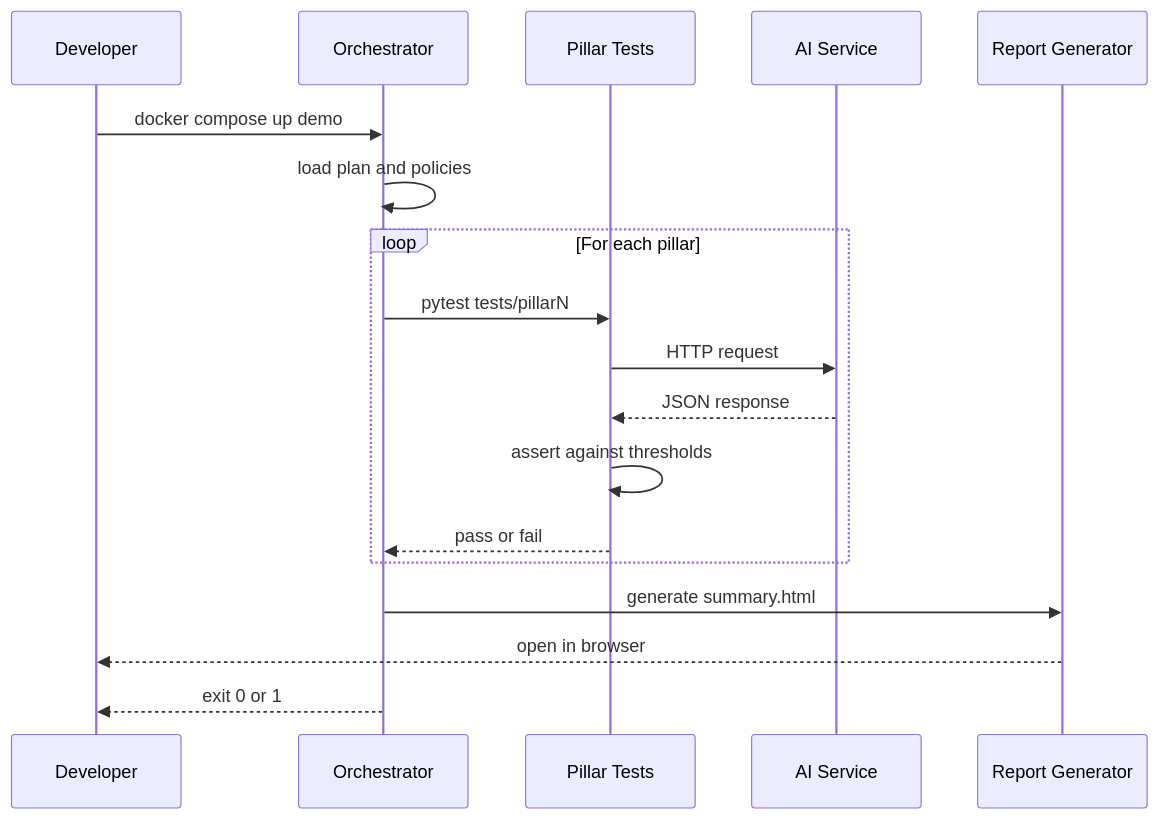
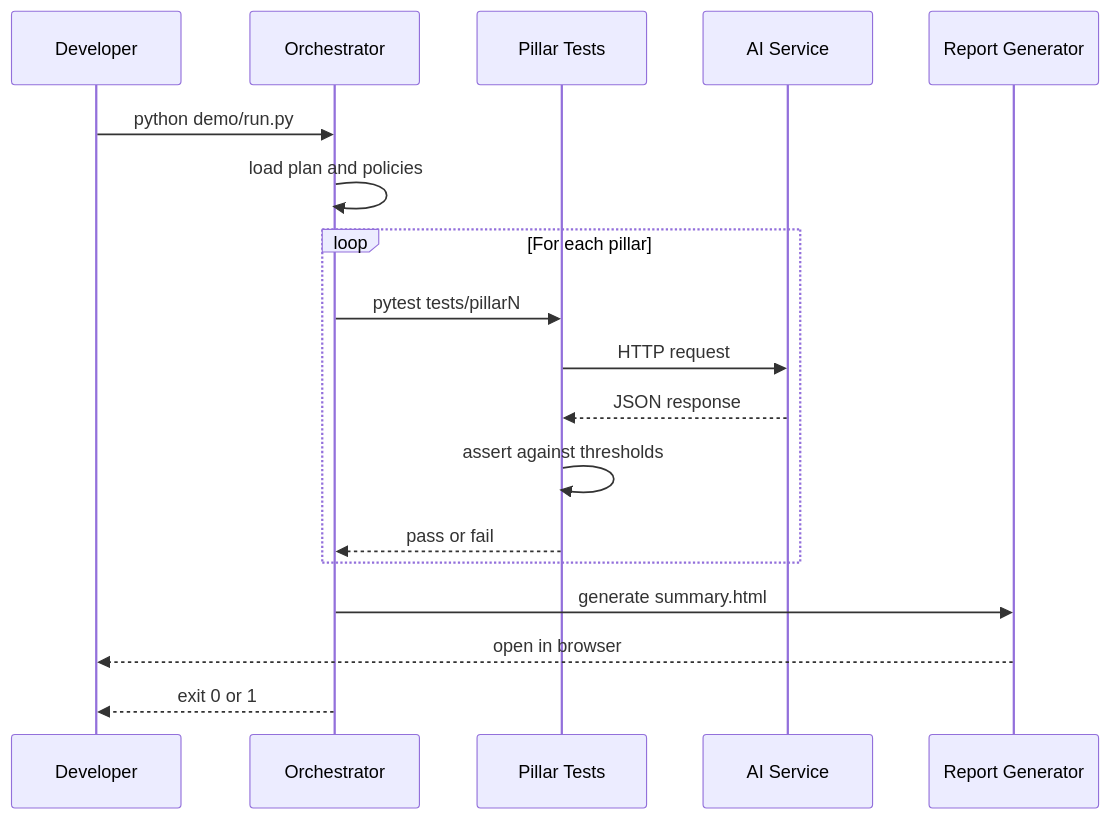
Before and after one commit to kallurayaankit/ai-quality-ops-platform: the second of 2 diagrams in README.md, drawn with Mermaid. The commit also changed other lines of this file and 8 other files, not shown here.

````diff
--- a/README.md
+++ b/README.md
@@ -32,20 +32,20 @@
 ```mermaid
 sequenceDiagram
     participant Dev as Developer
     participant Orch as Orchestrator
     participant Pillar as Pillar Tests
     participant AI as AI Service
     participant Report as Report Generator
-    Dev->>Orch: docker compose up demo
+    Dev->>Orch: python demo/run.py
     Orch->>Orch: load plan and policies
     loop For each pillar
         Orch->>Pillar: pytest tests/pillarN
         Pillar->>AI: HTTP request
         AI-->>Pillar: JSON response
         Pillar->>Pillar: assert against thresholds
         Pillar-->>Orch: pass or fail
     end
     Orch->>Report: generate summary.html
     Report-->>Dev: open in browser
     Orch-->>Dev: exit 0 or 1
 ```
````
